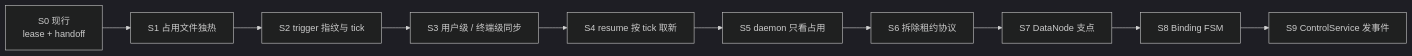
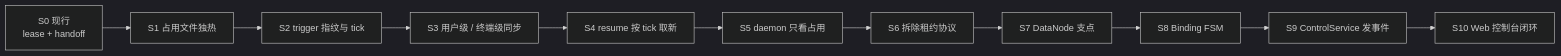
The diagram in ROADMAP.md (yukai08008/dual-tmux), drawn with Mermaid (dark theme) before and after one commit. The commit also changed other lines of this file and 1 other file, not shown here.

Commit message:
docs: document Web console architecture, interrupt control model, and S10 roadmap (#74)

````diff
--- a/ROADMAP.md
+++ b/ROADMAP.md
@@ -20,12 +24,13 @@
 ```mermaid
 flowchart LR
   S0["S0 现行<br/>lease + handoff"] --> S1["S1 占用文件独热"]
   S1 --> S2["S2 trigger 指纹与 tick"]
   S2 --> S3["S3 用户级 / 终端级同步"]
   S3 --> S4["S4 resume 按 tick 取新"]
   S4 --> S5["S5 daemon 只看占用"]
   S5 --> S6["S6 拆除租约协议"]
   S6 --> S7["S7 DataNode 支点"]
   S7 --> S8["S8 Binding FSM"]
   S8 --> S9["S9 ControlService 发事件"]
+  S9 --> S10["S10 Web 控制台闭环"]
 ```
````
